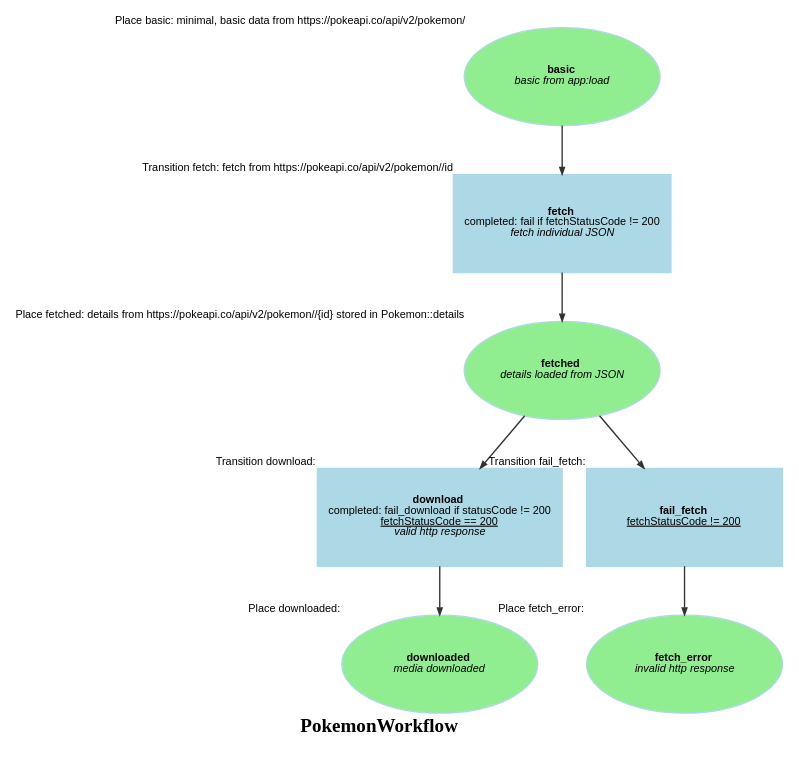
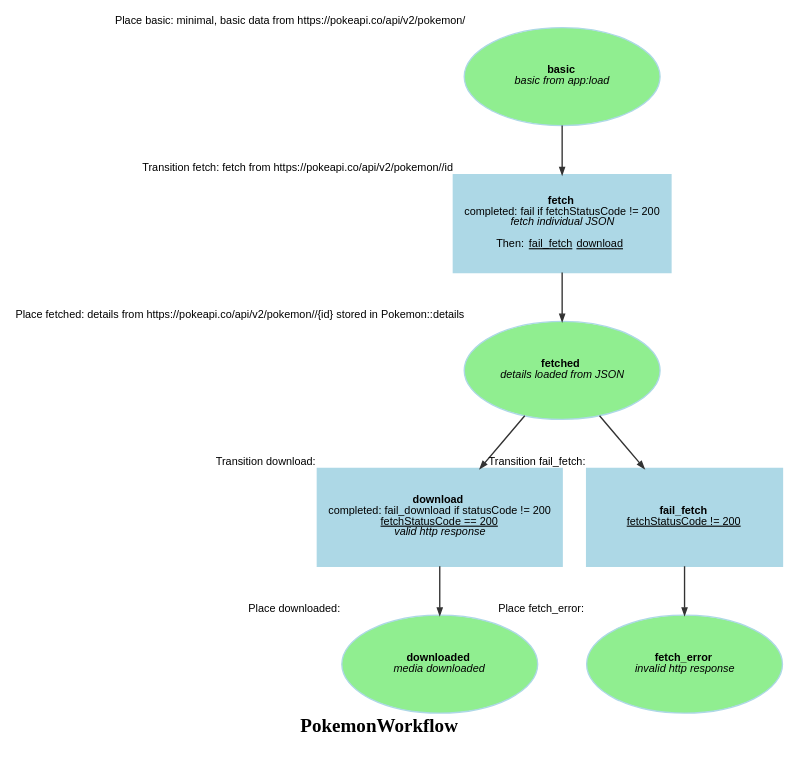
Before and after one commit to survos-sites/pokemon: the diagram in doc/assets/PokemonWorkflow.dot, drawn with Graphviz. The commit also changed 23 other files, not shown here.

```diff
--- a/doc/assets/PokemonWorkflow.dot
+++ b/doc/assets/PokemonWorkflow.dot
@@ -1,19 +1,19 @@
 digraph workflow {
   ratio="compress" rankdir="TB" label=<<B>PokemonWorkflow</B>>
   node [fontsize="8" fontname="Arial" color="lightBlue" style="filled" fixedsize="false" width="2" height="1"];
   edge [fontsize="7" fontname="Arial" color="#333333" arrowhead="normal" arrowsize="0.5"];
 
   place_basic [label=<<B>basic</B><BR/><I>basic from app:load</I>>, shape=oval fillcolor="lightgreen" style="filled" xlabel="Place basic: minimal, basic data from https://pokeapi.co/api/v2/pokemon/"];
   place_fetched [label=<<B>fetched</B><BR/><I>details loaded from JSON</I>>, shape=oval fillcolor="lightgreen" style="filled" xlabel="Place fetched: details from https://pokeapi.co/api/v2/pokemon//{id} stored in Pokemon::details"];
   place_downloaded [label=<<B>downloaded</B><BR/><I>media downloaded</I>>, shape=oval fillcolor="lightgreen" style="filled" xlabel="Place downloaded: "];
   place_fetch_error [label=<<B>fetch_error</B><BR/><I>invalid http response</I>>, shape=oval fillcolor="lightgreen" style="filled" xlabel="Place fetch_error: "];
-  transition_fetch [label=<<B>fetch</B><BR/>completed: fail if fetchStatusCode != 200<BR/><I>fetch individual JSON</I>>, shape="box" regular="" xlabel="Transition fetch: fetch from https://pokeapi.co/api/v2/pokemon//id"];
+  transition_fetch [label=<<B>fetch</B><BR/>completed: fail if fetchStatusCode != 200<BR/><I>fetch individual JSON</I><BR/><BR/>Then: <U>fail_fetch</U> <U>download</U> >, shape="box" regular="" xlabel="Transition fetch: fetch from https://pokeapi.co/api/v2/pokemon//id"];
   transition_download [label=<<B>download</B><BR/>completed: fail_download if statusCode != 200<BR/><U>fetchStatusCode == 200</U><BR/><I>valid http response</I>>, shape="box" regular="" xlabel="Transition download: "];
   transition_fail_fetch [label=<<B>fail_fetch</B><BR/><U>fetchStatusCode != 200</U>>, shape="box" regular="" xlabel="Transition fail_fetch: "];
   place_basic -> transition_fetch [style="solid", comment="basic"];
   transition_fetch -> place_fetched [style="solid"];
   place_fetched -> transition_download [style="solid", comment="fetched"];
   transition_download -> place_downloaded [style="solid"];
   place_fetched -> transition_fail_fetch [style="solid", comment="fetched"];
   transition_fail_fetch -> place_fetch_error [style="solid"];
 }
```
